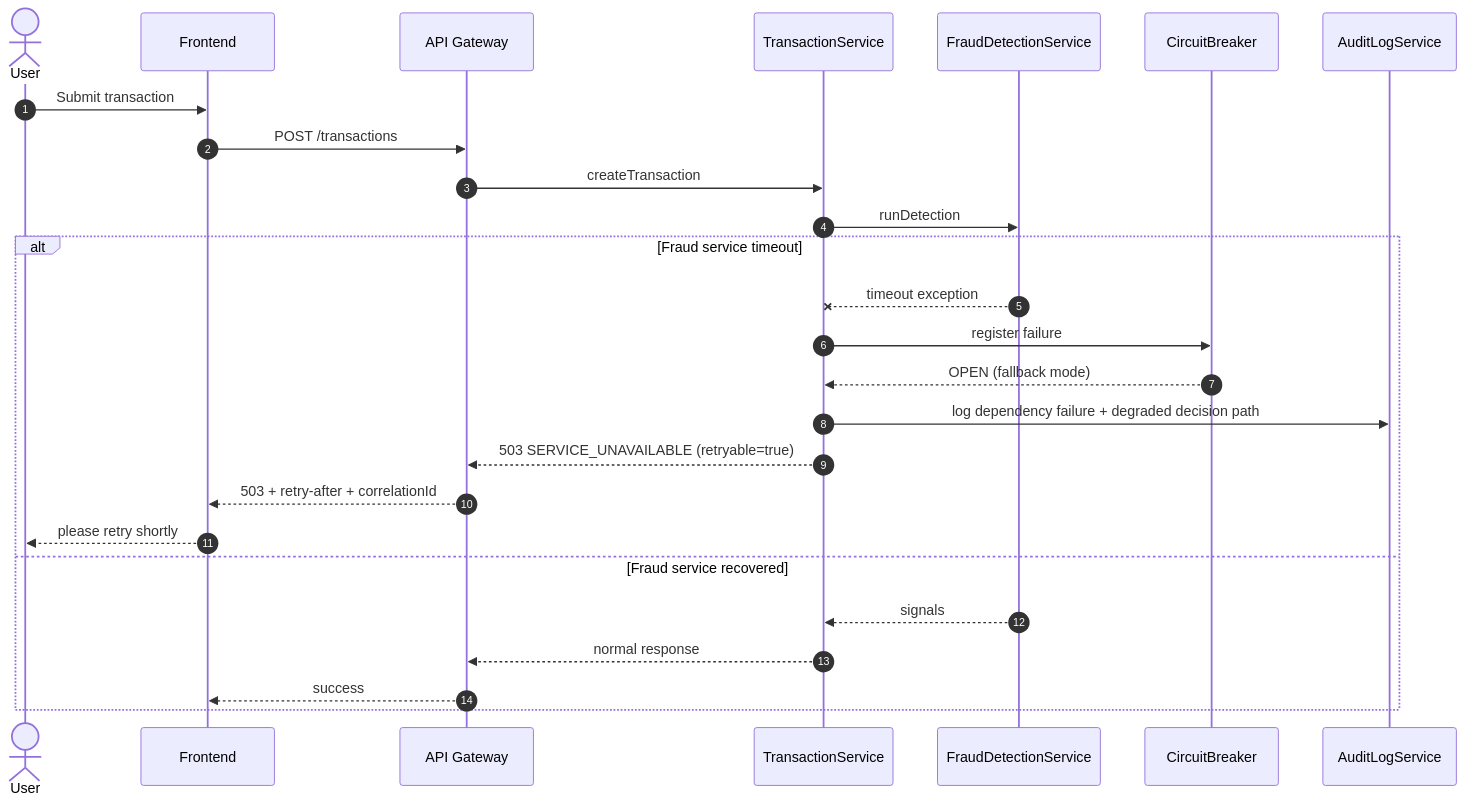
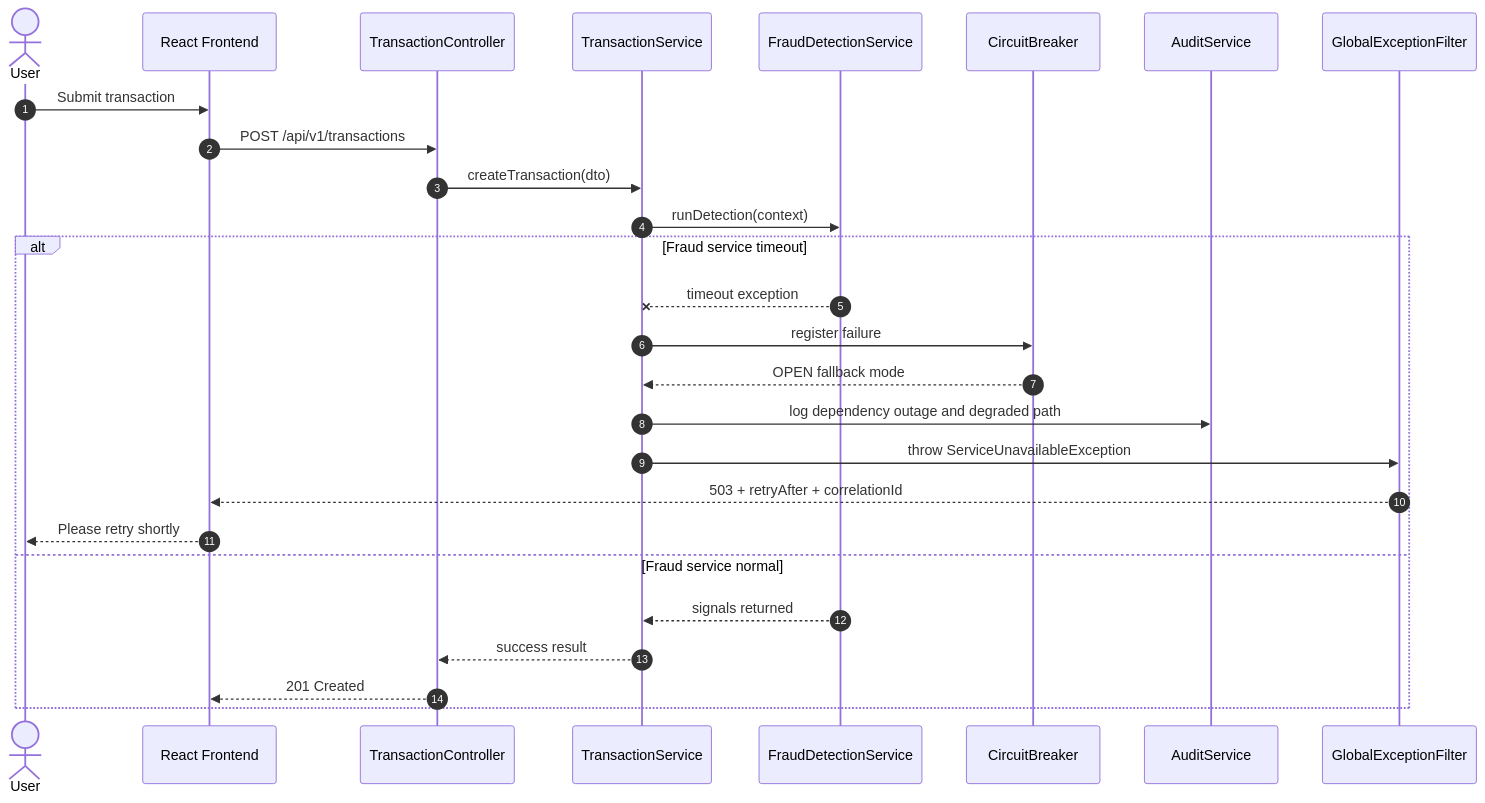
One commit to biru-codeastromer/FinGuard-AI changed the third of 3 diagrams in sequenceDiagram.md. Above: the diagram before and after it, drawn with Mermaid. The commit also changed other lines of this file and 4 other files, not shown here.

Commit message:
docs(milestone1): align architecture docs with NestJS TypeScript stack

````diff
--- a/sequenceDiagram.md
+++ b/sequenceDiagram.md
@@ -120,30 +135,31 @@
 ```mermaid
 sequenceDiagram
     autonumber
     actor U as User
-    participant FE as Frontend
-    participant API as API Gateway
+    participant FE as React Frontend
+    participant TxC as TransactionController
     participant TxS as TransactionService
-    participant Fraud as FraudDetectionService
+    participant FraudS as FraudDetectionService
     participant CB as CircuitBreaker
-    participant Audit as AuditLogService
+    participant AuditS as AuditService
+    participant Filter as GlobalExceptionFilter
 
     U->>FE: Submit transaction
-    FE->>API: POST /transactions
-    API->>TxS: createTransaction
-    TxS->>Fraud: runDetection
+    FE->>TxC: POST /api/v1/transactions
+    TxC->>TxS: createTransaction(dto)
+    TxS->>FraudS: runDetection(context)
 
     alt Fraud service timeout
-        Fraud--xTxS: timeout exception
+        FraudS--xTxS: timeout exception
         TxS->>CB: register failure
-        CB-->>TxS: OPEN (fallback mode)
-        TxS->>Audit: log dependency failure + degraded decision path
-        TxS-->>API: 503 SERVICE_UNAVAILABLE (retryable=true)
-        API-->>FE: 503 + retry-after + correlationId
-        FE-->>U: please retry shortly
-    else Fraud service recovered
-        Fraud-->>TxS: signals
-        TxS-->>API: normal response
-        API-->>FE: success
+        CB-->>TxS: OPEN fallback mode
+        TxS->>AuditS: log dependency outage and degraded path
+        TxS->>Filter: throw ServiceUnavailableException
+        Filter-->>FE: 503 + retryAfter + correlationId
+        FE-->>U: Please retry shortly
+    else Fraud service normal
+        FraudS-->>TxS: signals returned
+        TxS-->>TxC: success result
+        TxC-->>FE: 201 Created
     end
 ```
````
